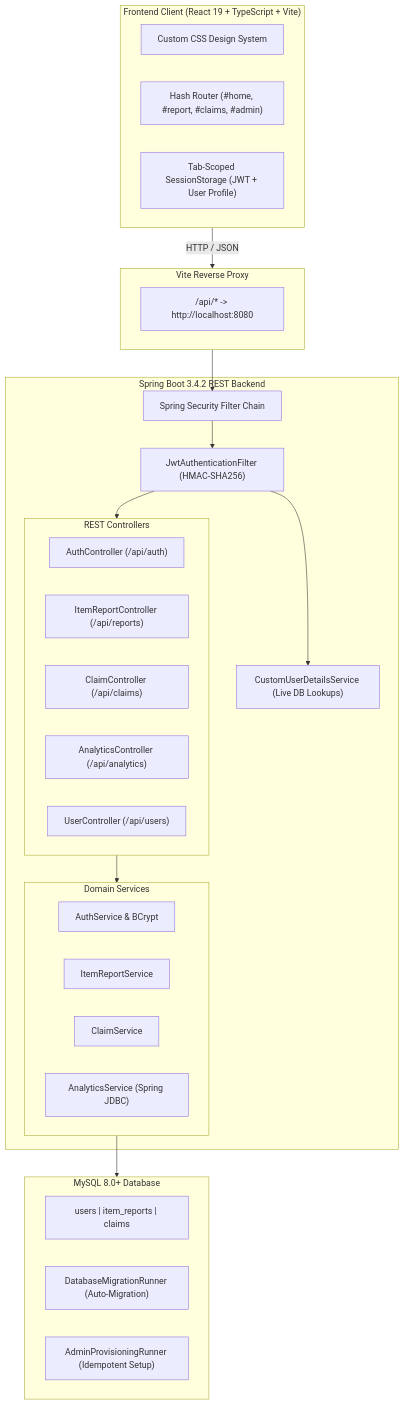
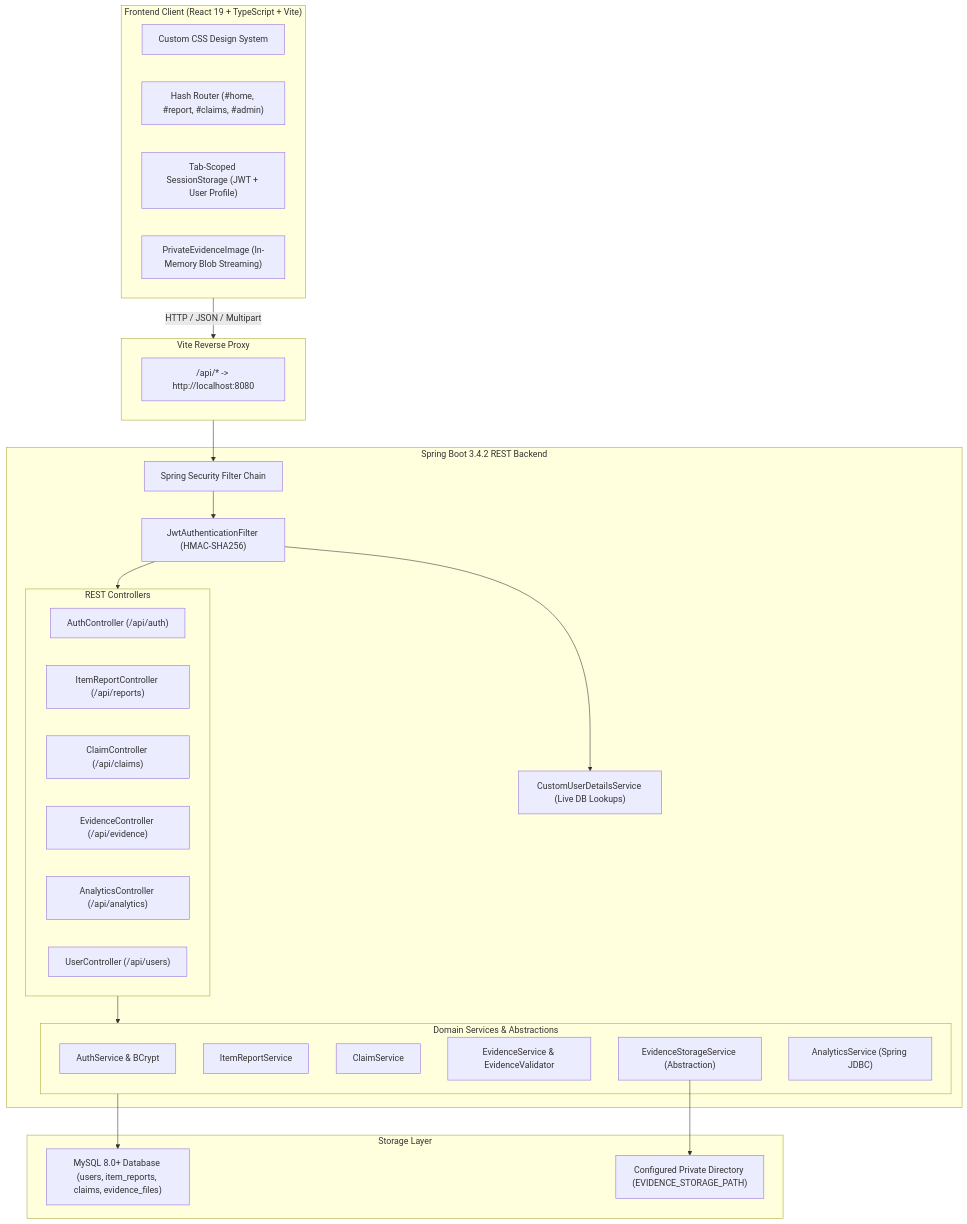
One commit to Shaurya-thinker/campus-lost-found-portal changed the diagram in README.md. Above: the diagram before and after it, drawn with Mermaid. The commit also changed other lines of this file and 51 other files, not shown here.

Commit message:
feat: implement Milestone 13 secure claim verification, private photo evidence, and UI refinements

````diff
--- a/README.md
+++ b/README.md
@@ -75,47 +75,51 @@
 ```mermaid
 flowchart TD
     subgraph Client["Frontend Client (React 19 + TypeScript + Vite)"]
         UI["Custom CSS Design System"]
         Router["Hash Router (#home, #report, #claims, #admin)"]
         Storage["Tab-Scoped SessionStorage (JWT + User Profile)"]
+        BlobView["PrivateEvidenceImage (In-Memory Blob Streaming)"]
     end
 
     subgraph Gateway["Vite Reverse Proxy"]
         Proxy["/api/* -> http://localhost:8080"]
     end
 
     subgraph Backend["Spring Boot 3.4.2 REST Backend"]
         FilterChain["Spring Security Filter Chain"]
         JwtFilter["JwtAuthenticationFilter (HMAC-SHA256)"]
         UserPrincipal["CustomUserDetailsService (Live DB Lookups)"]
 
         subgraph Controllers["REST Controllers"]
             AuthController["AuthController (/api/auth)"]
             ReportController["ItemReportController (/api/reports)"]
             ClaimController["ClaimController (/api/claims)"]
+            EvidenceController["EvidenceController (/api/evidence)"]
             AdminController["AnalyticsController (/api/analytics)"]
             UserController["UserController (/api/users)"]
         end
 
-        subgraph Services["Domain Services"]
+        subgraph Services["Domain Services & Abstractions"]
             AuthSvc["AuthService & BCrypt"]
             ReportSvc["ItemReportService"]
             ClaimSvc["ClaimService"]
+            EvidenceSvc["EvidenceService & EvidenceValidator"]
+            StorageAdapter["EvidenceStorageService (Abstraction)"]
             AnalyticsSvc["AnalyticsService (Spring JDBC)"]
         end
     end
 
-    subgraph Database["MySQL 8.0+ Database"]
-        Schema["users | item_reports | claims"]
-        Migration["DatabaseMigrationRunner (Auto-Migration)"]
-        AdminRunner["AdminProvisioningRunner (Idempotent Setup)"]
+    subgraph StorageEngine["Storage Layer"]
+        DB["MySQL 8.0+ Database (users, item_reports, claims, evidence_files)"]
+        Disk["Configured Private Directory (EVIDENCE_STORAGE_PATH)"]
     end
 
-    Client -->|HTTP / JSON| Gateway
+    Client -->|HTTP / JSON / Multipart| Gateway
     Gateway --> FilterChain
     FilterChain --> JwtFilter
     JwtFilter --> UserPrincipal
     JwtFilter --> Controllers
     Controllers --> Services
-    Services --> Database
+    Services --> DB
+    StorageAdapter --> Disk
 ```
````
